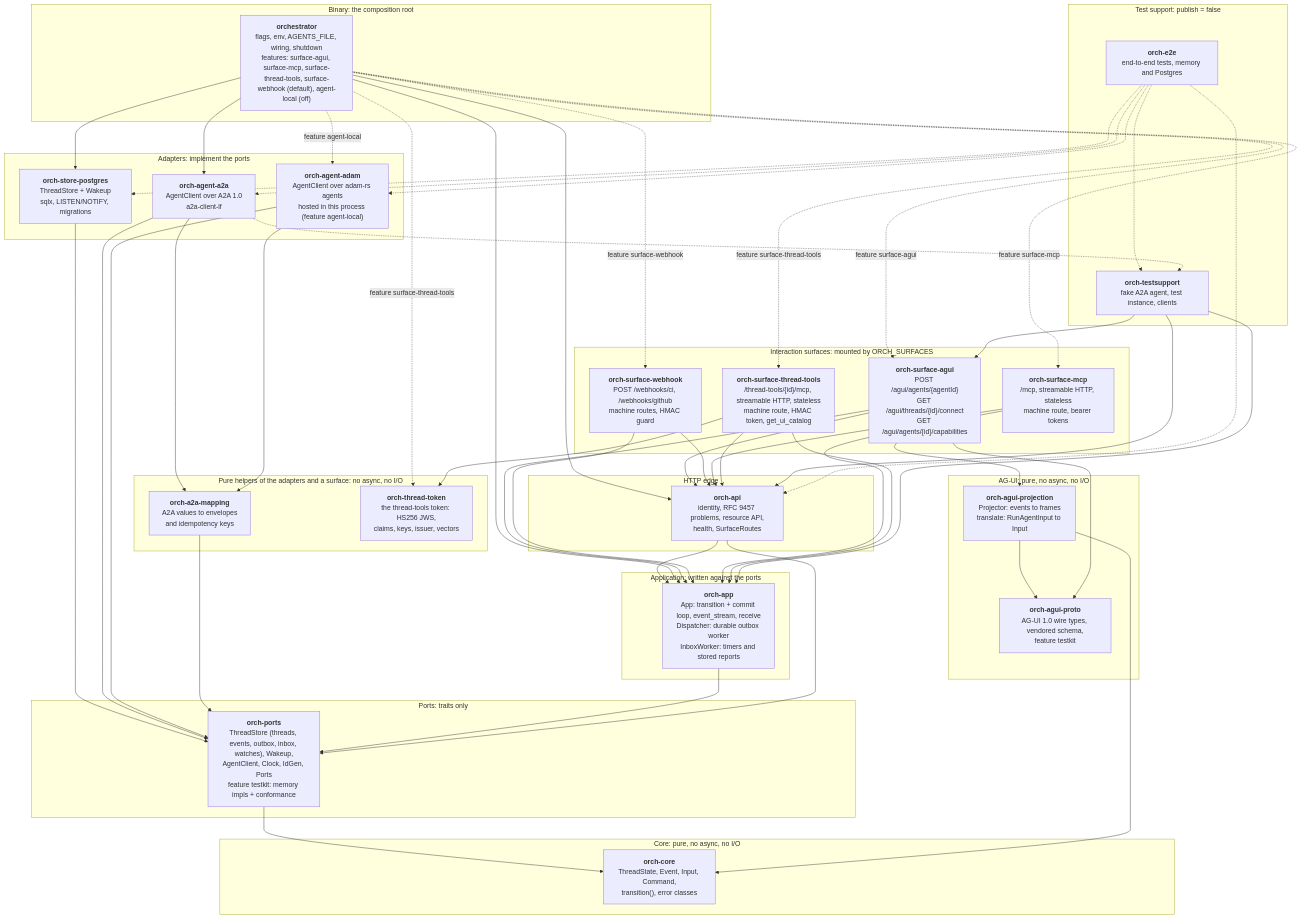
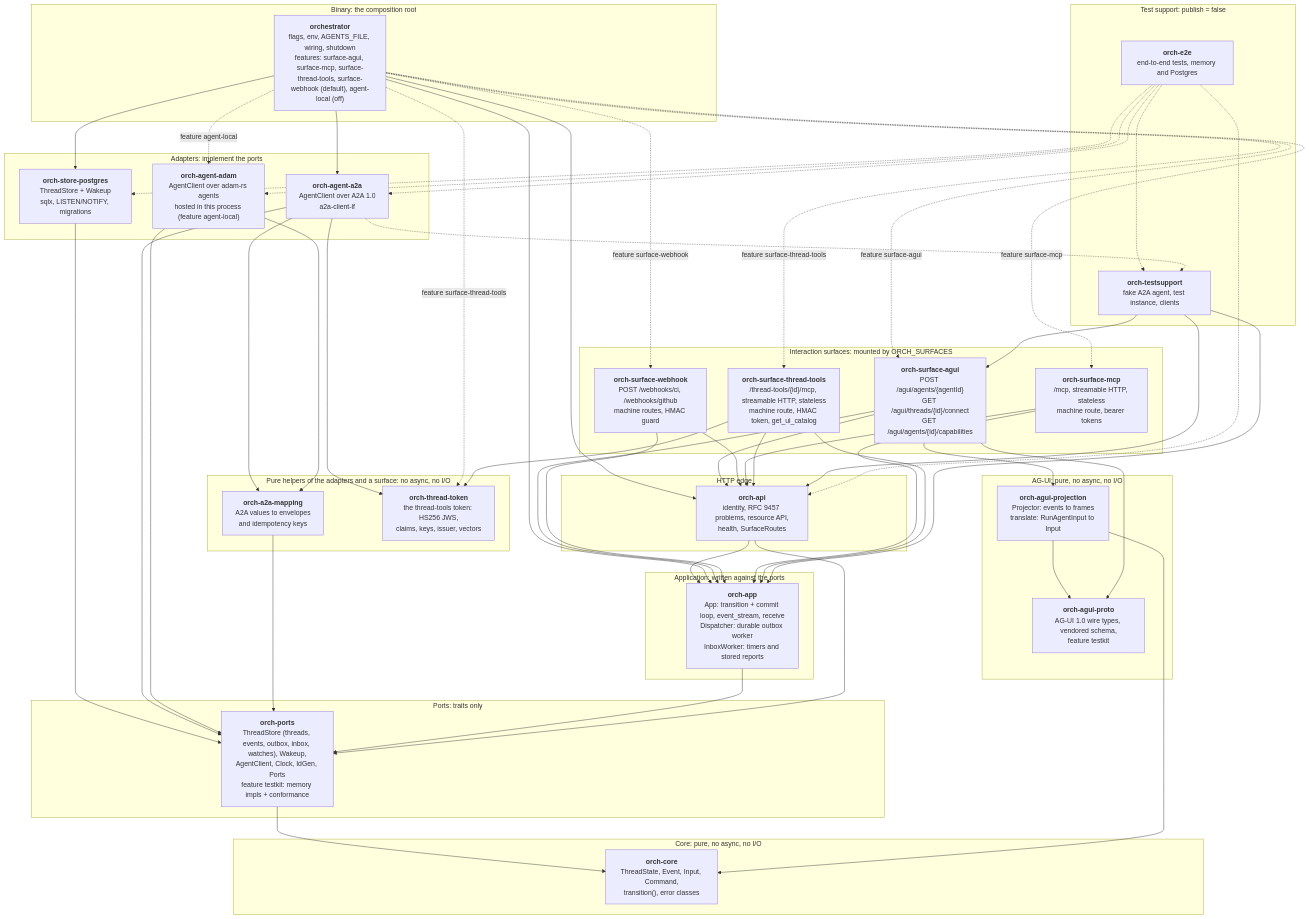
One commit to vymalo/another-agentic-system changed the first of 24 diagrams in docs/orchestrator.md. Above: the diagram before and after it, drawn with Mermaid. The commit also changed other lines of this file and 49 other files, not shown here.

```diff
--- a/docs/orchestrator.md
+++ b/docs/orchestrator.md
@@ -119,6 +119,7 @@
   pg --> ports
   a2a --> ports
   a2a --> a2amap
+  a2a --> token
   adam --> ports
   adam --> a2amap
   a2amap --> ports
```
